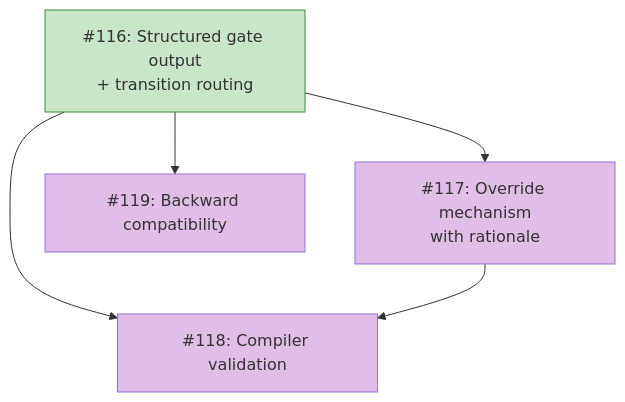
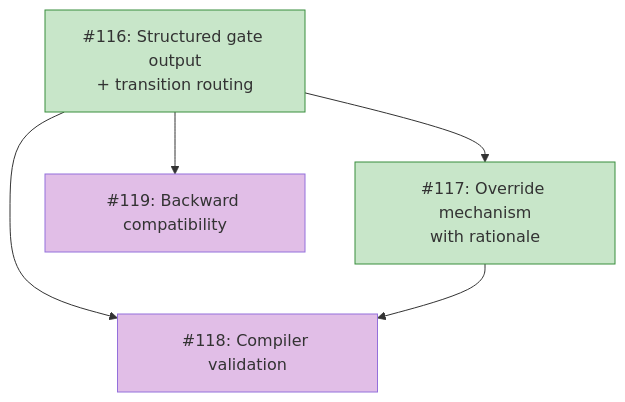
One commit to tsukumogami/koto changed the diagram in docs/roadmaps/ROADMAP-gate-transition-contract.md. Above: the diagram before and after it, drawn with Mermaid. The commit also changed other lines of this file and 10 other files, not shown here.

````diff
--- a/docs/roadmaps/ROADMAP-gate-transition-contract.md
+++ b/docs/roadmaps/ROADMAP-gate-transition-contract.md
@@ -176,17 +176,17 @@
 ```mermaid
 graph TD
     I116["#116: Structured gate output<br/>+ transition routing"]
     I117["#117: Override mechanism<br/>with rationale"]
     I118["#118: Compiler validation"]
     I119["#119: Backward compatibility"]
 
     I116 --> I117
     I116 --> I118
     I117 --> I118
     I116 --> I119
 
     classDef needsDesign fill:#e1bee7
     classDef done fill:#c8e6c9,stroke:#388e3c
-    class I117,I118,I119 needsDesign
-    class I116 done
+    class I118,I119 needsDesign
+    class I116,I117 done
 ```
````
